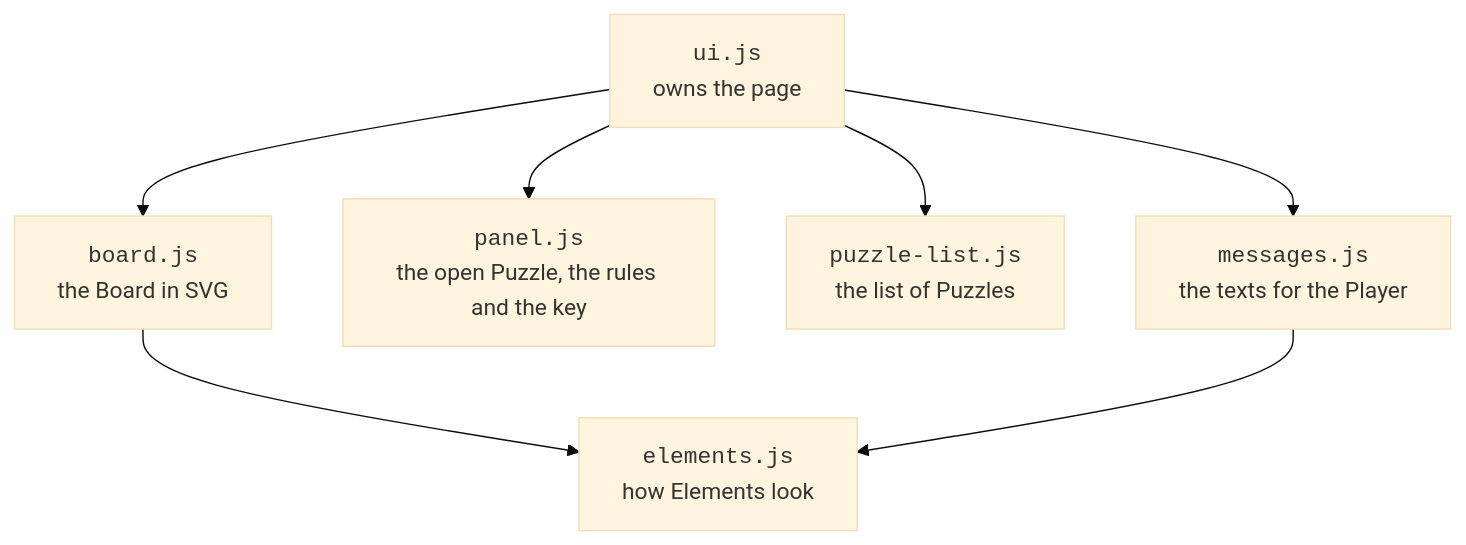
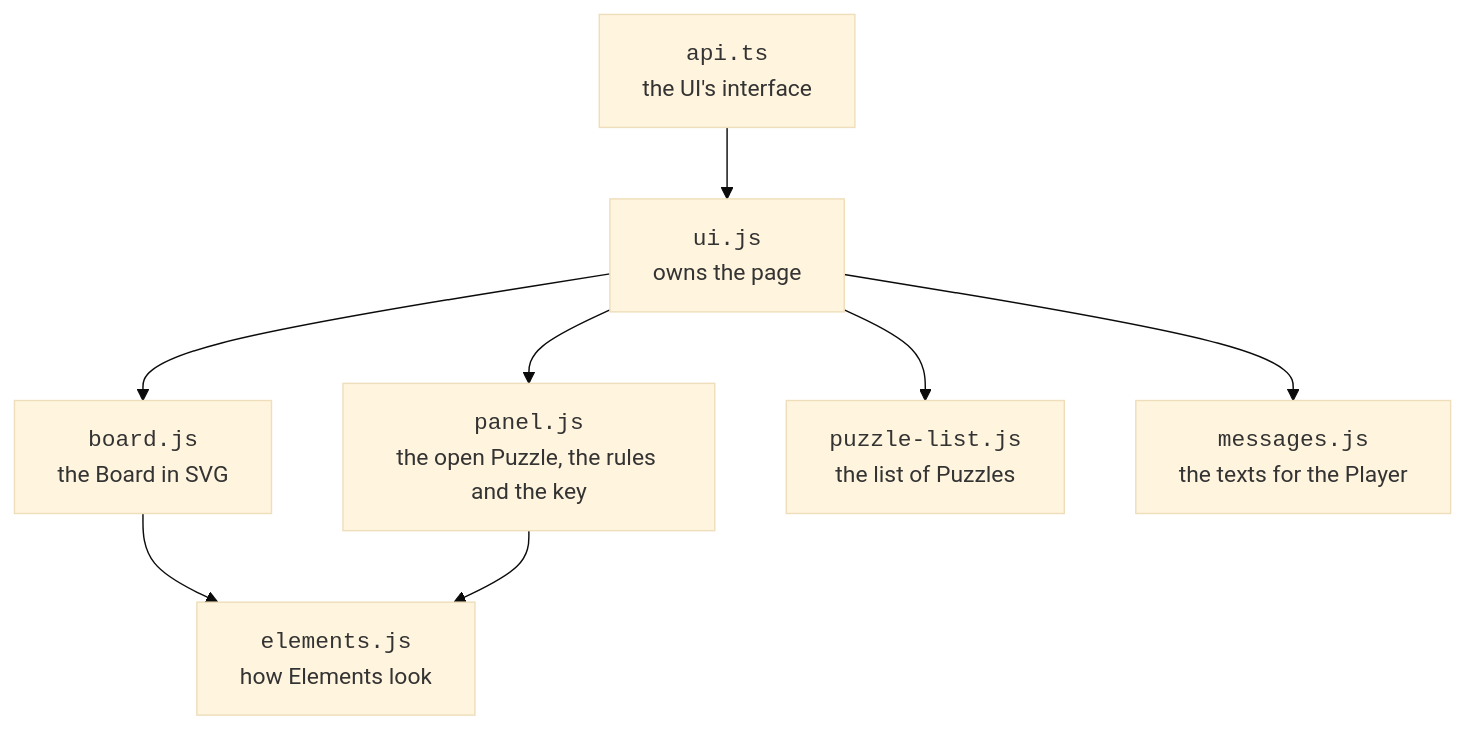
The first of 2 diagrams in docs/architecture.md (treetopbottle/molecuzzle), drawn with Mermaid (base theme) before and after one commit. The commit also changed other lines of this file and 1 other file, not shown here.

Commit message:
docs: the architecture has each component's api.ts and the Glue's AppDeps, and the UI's diagram has its imports right

````diff
--- a/docs/architecture.md
+++ b/docs/architecture.md
@@ -17,16 +21,18 @@
 ```mermaid
 flowchart TD
+  api["<code>api.ts</code><br/>the UI's interface"]
   uijs["<code>ui.js</code><br/>owns the page"]
   board["<code>board.js</code><br/>the Board in SVG"]
   panel["<code>panel.js</code><br/>the open Puzzle, the rules and the key"]
   list["<code>puzzle-list.js</code><br/>the list of Puzzles"]
   messages["<code>messages.js</code><br/>the texts for the Player"]
   looks["<code>elements.js</code><br/>how Elements look"]
 
+  api --> uijs
   uijs --> board
   uijs --> panel
   uijs --> list
   uijs --> messages
   board --> looks
-  messages --> looks
+  panel --> looks
 ```
````
